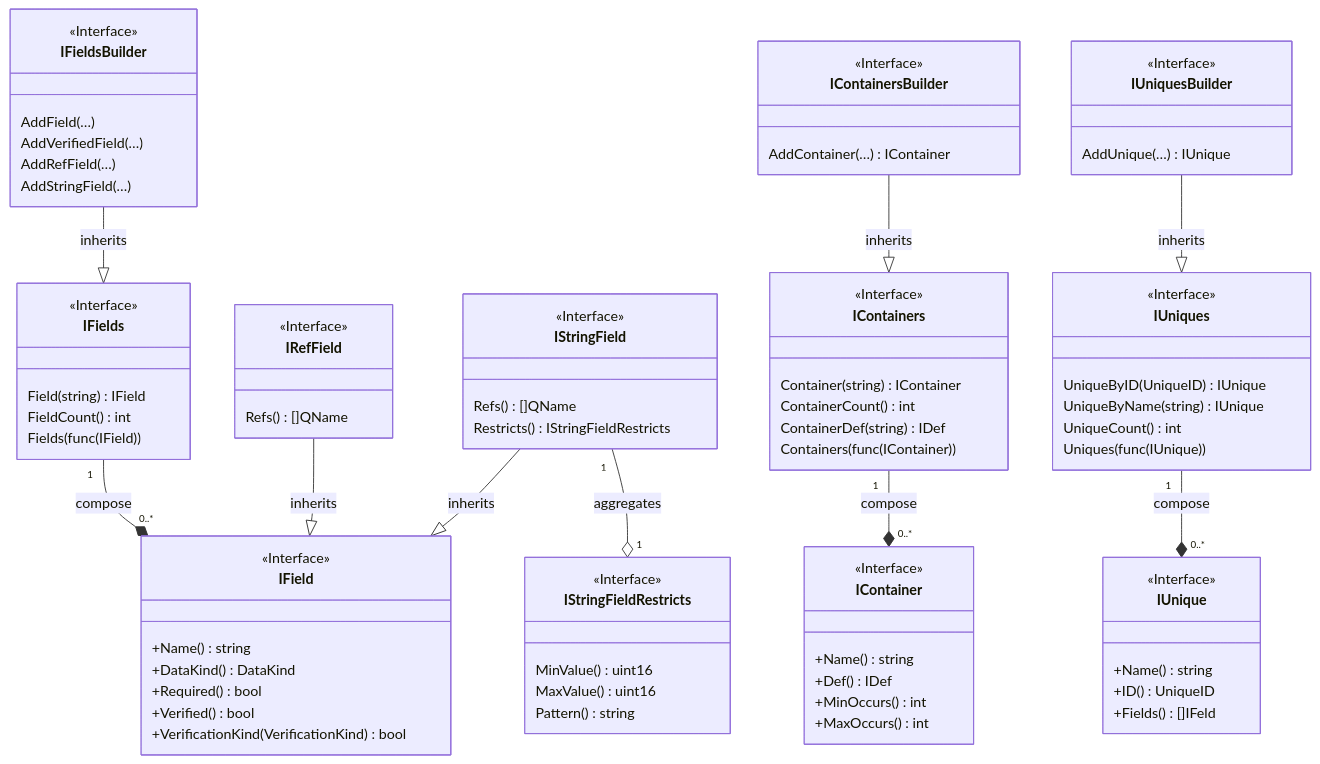
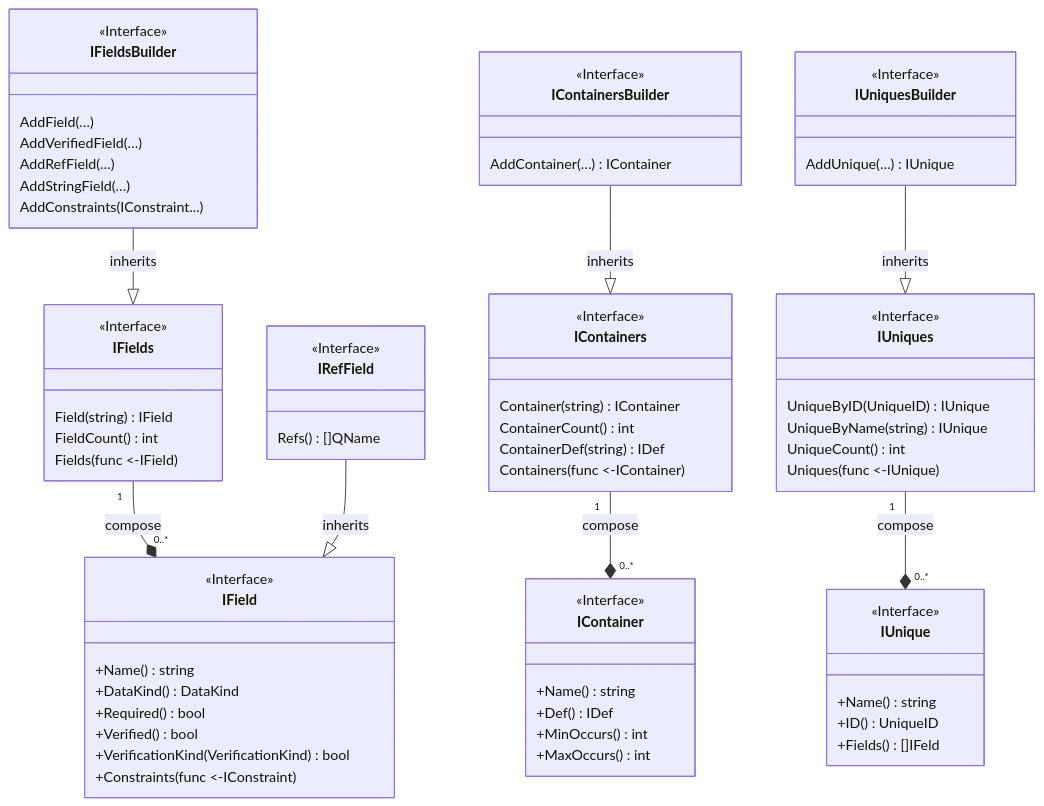
One commit to voedger/voedger changed the sixth of 8 diagrams in pkg/appdef/README.md. Above: the diagram before and after it, drawn with Mermaid. The commit also changed other lines of this file and 1 other file, not shown here.

```diff
--- a/pkg/appdef/README.md
+++ b/pkg/appdef/README.md
@@ -592,13 +592,14 @@
     +Required() bool
     +Verified() bool
     +VerificationKind(VerificationKind) bool
+    +Constraints(func <-IConstraint)
   }
 
   class IFields{
     <<Interface>>
     Field(string) IField
     FieldCount() int
-    Fields(func(IField))
+    Fields(func <-IField)
   }
   IFields "1" --* "0..*" IField : compose
 
@@ -609,27 +610,13 @@
     AddVerifiedField(…)
     AddRefField(…)
     AddStringField(…)
+    AddConstraints(IConstraint...)
   }
 
   IRefField --|> IField : inherits
   class IRefField {
     <<Interface>>
     Refs() []QName
-  }
-
-  IStringField --|> IField : inherits
-  class IStringField {
-    <<Interface>>
-    Refs() []QName
-    Restricts() IStringFieldRestricts
-  }
-
-  IStringField "1" --o "1" IStringFieldRestricts : aggregates
-  class IStringFieldRestricts {
-    <<Interface>>
-    MinValue() uint16
-    MaxValue() uint16
-    Pattern() string
   }
 
   class IContainer {
@@ -645,7 +632,7 @@
     Container(string) IContainer
     ContainerCount() int
     ContainerDef(string) IDef
-    Containers(func(IContainer))
+    Containers(func <-IContainer)
   }
   IContainers "1" --* "0..*" IContainer : compose
 
@@ -667,7 +654,7 @@
     UniqueByID(UniqueID) IUnique
     UniqueByName(string) IUnique
     UniqueCount() int
-    Uniques(func(IUnique))
+    Uniques(func <-IUnique)
   }
   IUniques "1" --* "0..*" IUnique : compose
 
```
